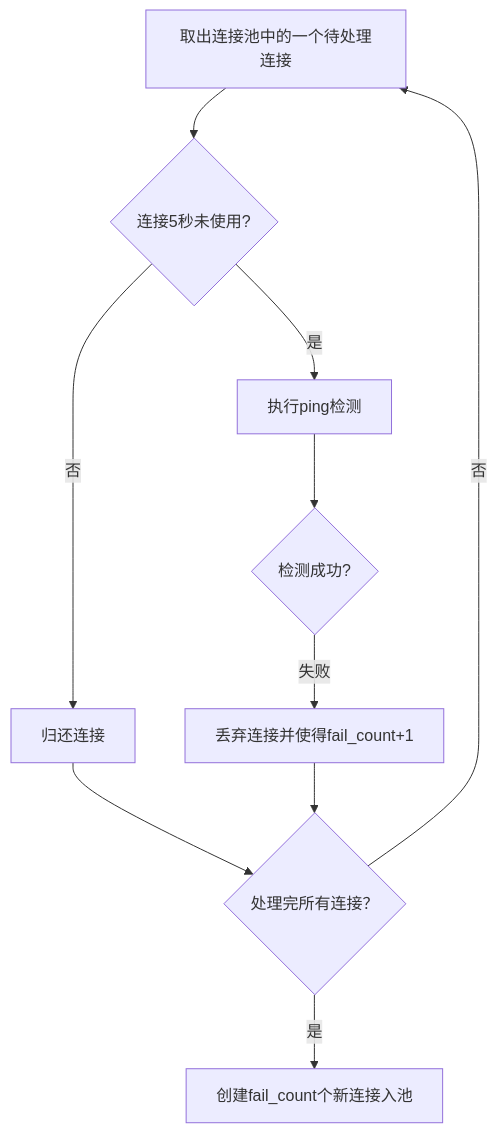
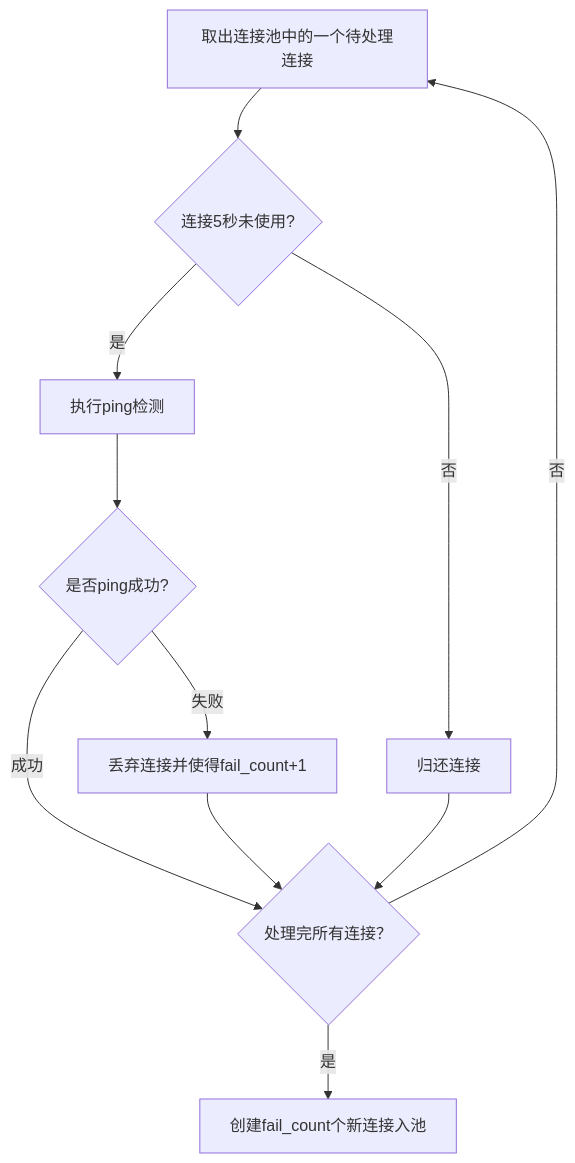
The diagram in doc/redis.md (MYMarcoreus/GameServer), drawn with Mermaid before and after one commit. The commit also changed 38 other files, not shown here.

````diff
--- a/doc/redis.md
+++ b/doc/redis.md
@@ -11,14 +11,14 @@
 ```mermaid
 graph TD
     B[取出连接池中的一个待处理连接]
     B --> C{连接5秒未使用?}
     C -->|是| D[执行ping检测]
-    D --> E{检测成功?}
+    E -->|成功| I
+    D --> E{是否ping成功?}
     E -->|失败| F[丢弃连接并使得fail_count+1]
     C -->|否| G[归还连接]
-    
     G --> I{处理完所有连接？}
     F --> I
     I -->|是| J[创建fail_count个新连接入池]
     I -->|否| B
 ```
````
